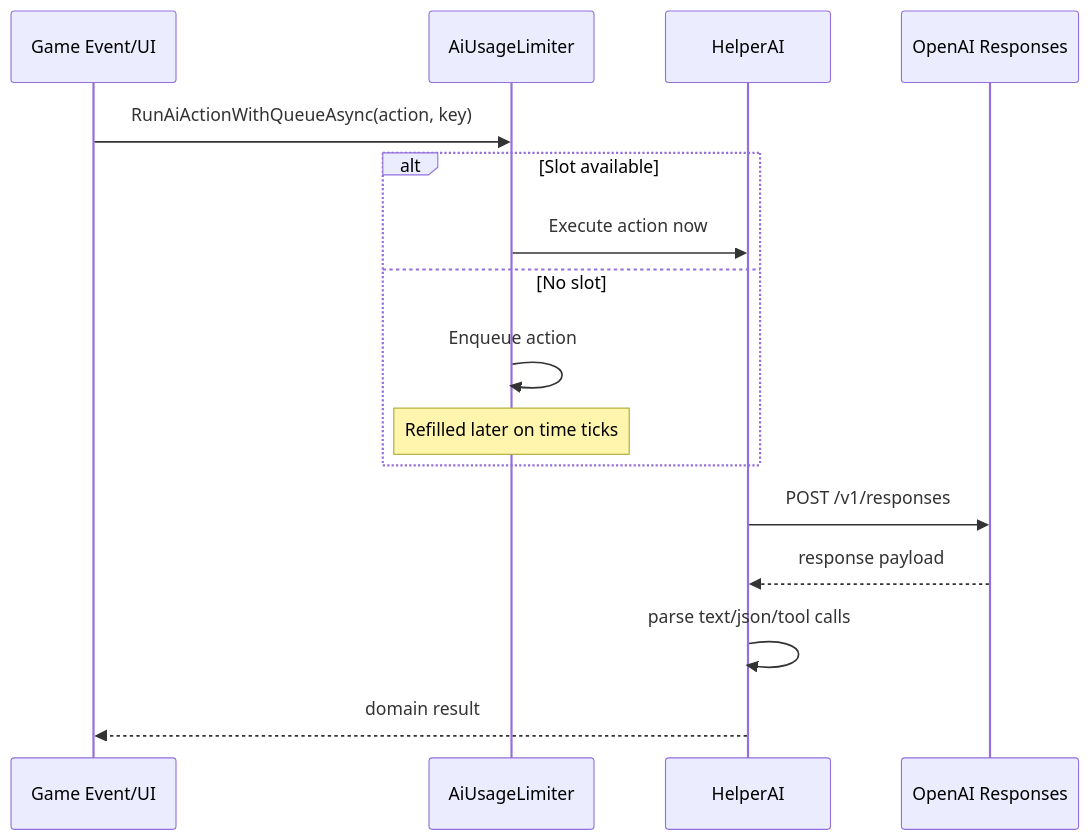
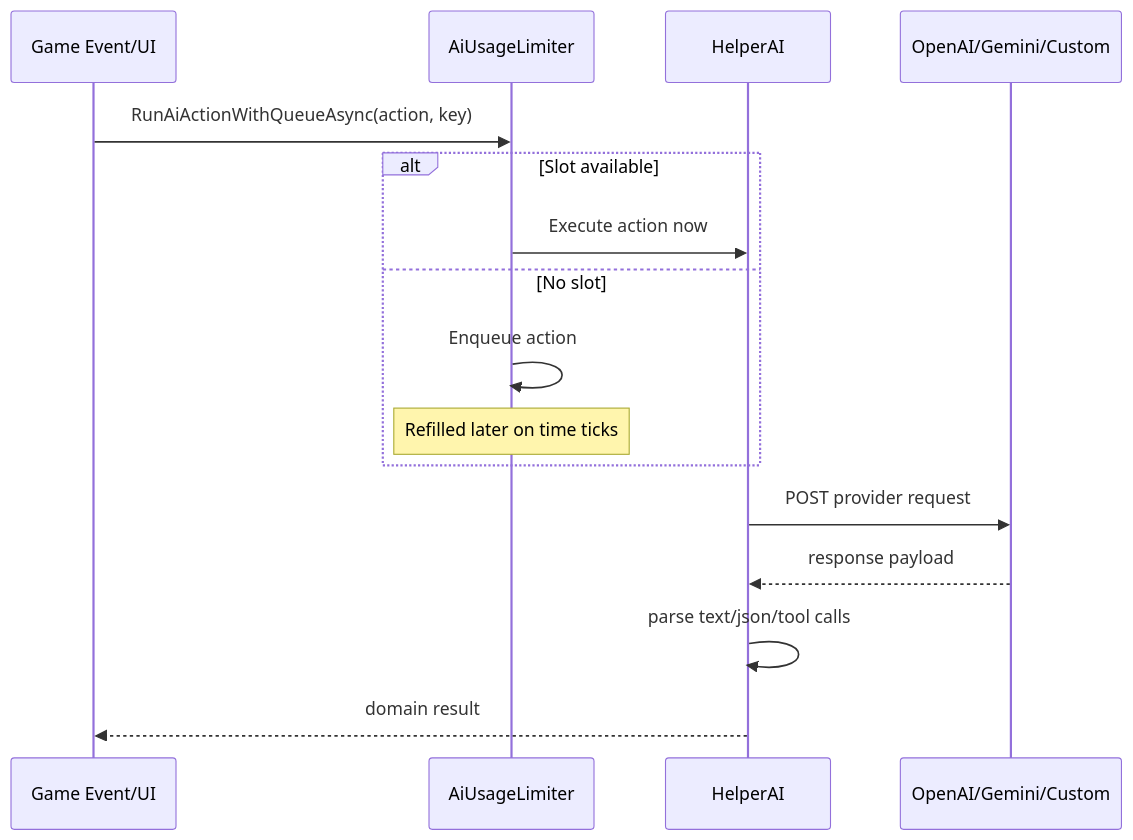
One commit to olvace36/Smartphone changed the diagram in .document/05-ai-model-and-usage-adaptation.md. Above: the diagram before and after it, drawn with Mermaid. The commit also changed other lines of this file and 12 other files, not shown here.

````diff
--- a/.document/05-ai-model-and-usage-adaptation.md
+++ b/.document/05-ai-model-and-usage-adaptation.md
@@ -146,20 +177,20 @@
 ```mermaid
 sequenceDiagram
     participant Trigger as Game Event/UI
     participant Limit as AiUsageLimiter
     participant AI as HelperAI
-    participant OAI as OpenAI Responses
+  participant Provider as OpenAI/Gemini/Custom
 
     Trigger->>Limit: RunAiActionWithQueueAsync(action, key)
     alt Slot available
         Limit->>AI: Execute action now
     else No slot
         Limit->>Limit: Enqueue action
         Note over Limit: Refilled later on time ticks
     end
 
-    AI->>OAI: POST /v1/responses
-    OAI-->>AI: response payload
+    AI->>Provider: POST provider request
+    Provider-->>AI: response payload
     AI->>AI: parse text/json/tool calls
     AI-->>Trigger: domain result
 ```
````
